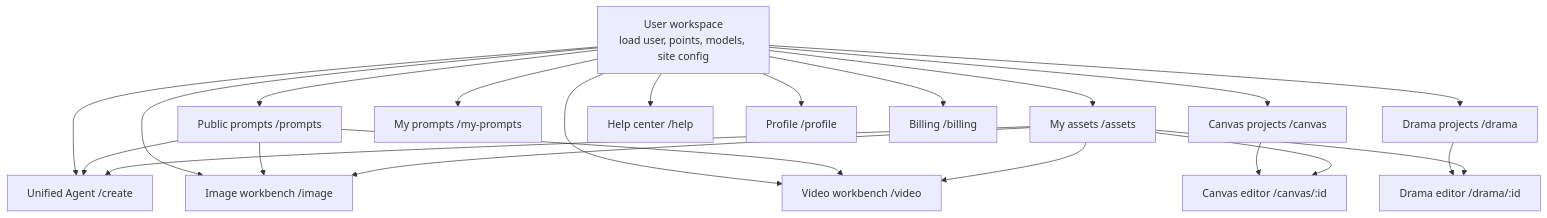
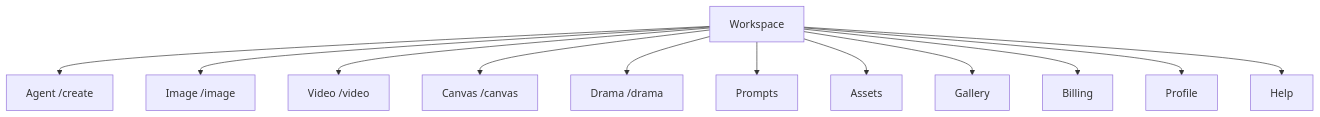
The second of 6 diagrams in README.en.md (jiujiu532/JoveCanvas), drawn with Mermaid before and after one commit. The commit also changed other lines of this file and 2 other files, not shown here.

````diff
--- a/README.en.md
+++ b/README.en.md
@@ -80,30 +87,15 @@
 ```mermaid
 flowchart TB
-    USER["User workspace<br/>load user, points, models, site config"]
-
-    USER --> CREATE["Unified Agent /create"]
-    USER --> IMAGE["Image workbench /image"]
-    USER --> VIDEO["Video workbench /video"]
-
-    USER --> CANVAS["Canvas projects /canvas"]
-    CANVAS --> CANVAS_ID["Canvas editor /canvas/:id"]
-
-    USER --> DRAMA["Drama projects /drama"]
-    DRAMA --> DRAMA_ID["Drama editor /drama/:id"]
-
-    USER --> PROMPTS["Public prompts /prompts"]
-    USER --> MY_PROMPTS["My prompts /my-prompts"]
-    USER --> ASSETS["My assets /assets"]
-    USER --> HELP["Help center /help"]
-    USER --> PROFILE["Profile /profile"]
-    USER --> BILLING["Billing /billing"]
-
-    PROMPTS --> CREATE
-    PROMPTS --> IMAGE
-    PROMPTS --> VIDEO
-    ASSETS --> CREATE
-    ASSETS --> IMAGE
-    ASSETS --> VIDEO
-    ASSETS --> CANVAS_ID
-    ASSETS --> DRAMA_ID
+    USER["Workspace"]
+    USER --> CREATE["Agent /create"]
+    USER --> IMAGE["Image /image"]
+    USER --> VIDEO["Video /video"]
+    USER --> CANVAS["Canvas /canvas"]
+    USER --> DRAMA["Drama /drama"]
+    USER --> PROMPTS["Prompts"]
+    USER --> ASSETS["Assets"]
+    USER --> GALLERY["Gallery"]
+    USER --> BILLING["Billing"]
+    USER --> PROFILE["Profile"]
+    USER --> HELP["Help"]
 ```
````
